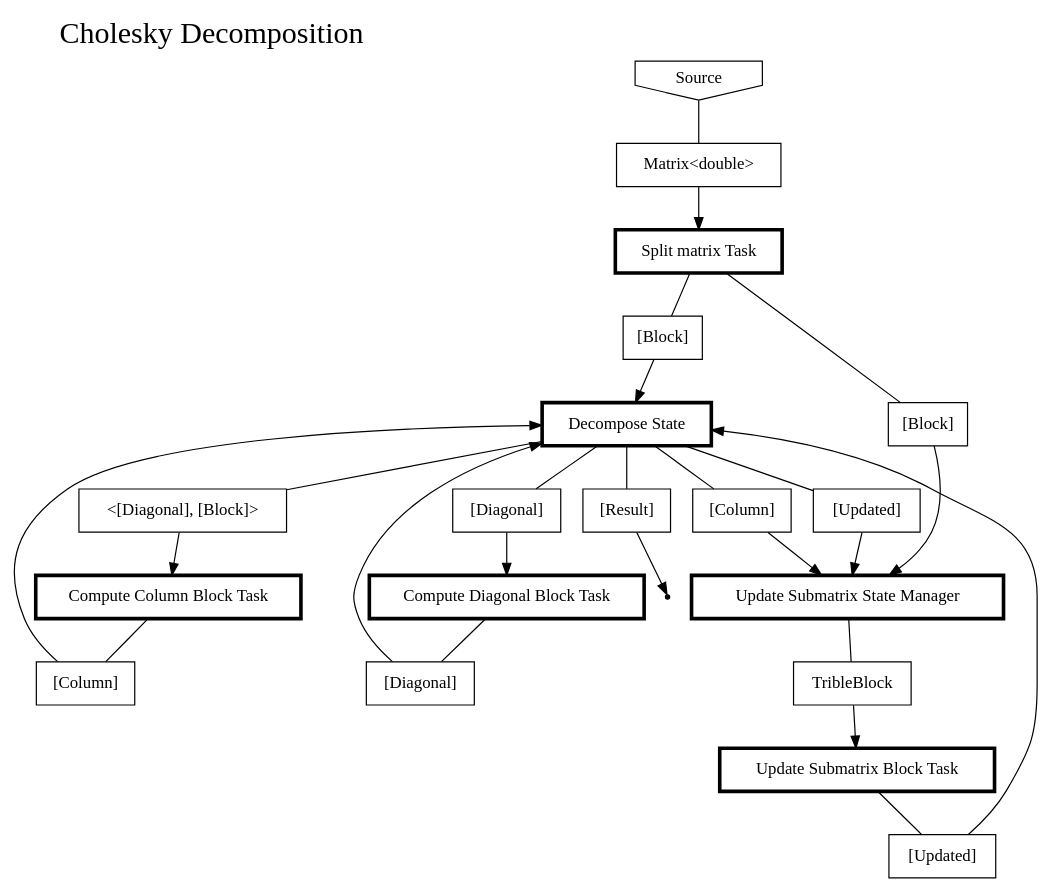
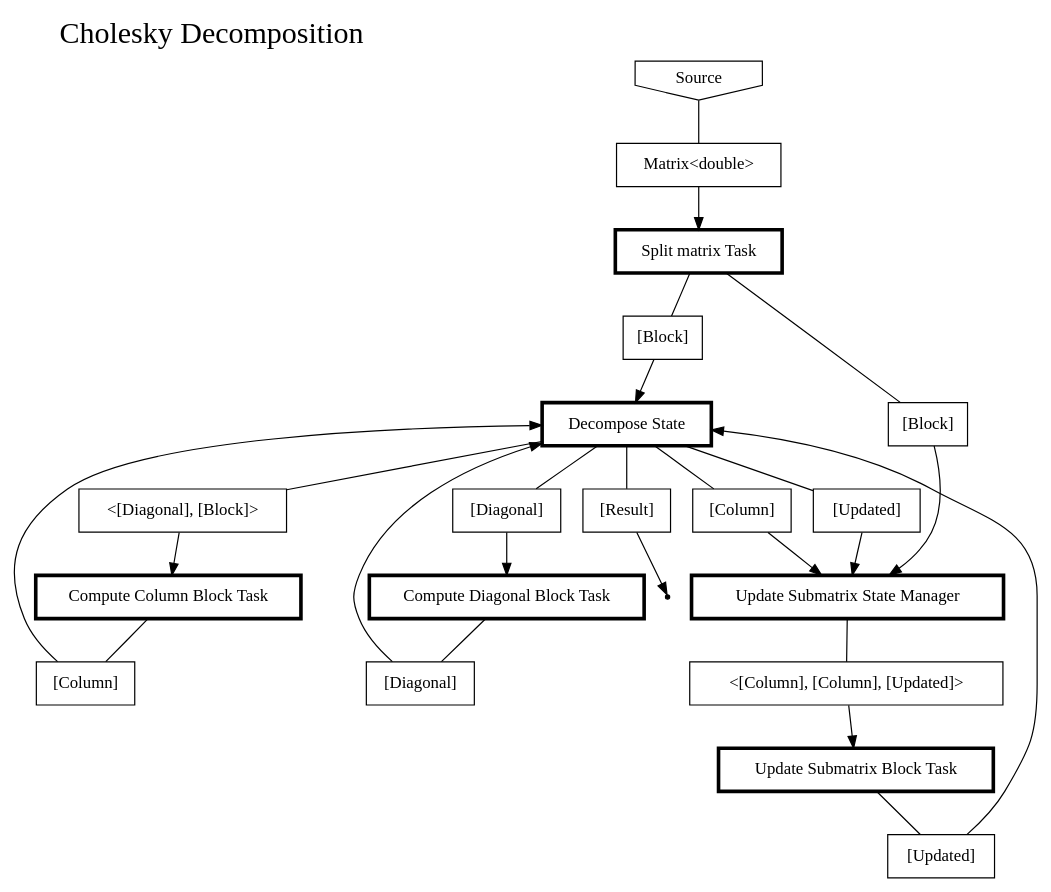
One commit to drfailer/report-internship-zz3 changed the diagram in img/cho-img/decompose_graph.dot. Above: the diagram before and after it, drawn with Graphviz. The commit also changed 20 other files, not shown here.

```diff
--- a/img/cho-img/decompose_graph.dot
+++ b/img/cho-img/decompose_graph.dot
@@ -1,47 +1,47 @@
 digraph x0x559f002b2ad0 {
 label="Cholesky Decomposition"; fontsize=25; penwidth=5; labelloc=top; labeljust=left;
 x0x559f002b2c00 [label="Source", shape=invhouse];
 x0x559f002b2dc0 [label="Sink", shape=point];
 x0x559f002b3050 [label="Split matrix Task",shape=rect, penwidth=3];
 x0x559f002b4ac0 [label="Decompose State",shape=rect, penwidth=3];
 x0x559f002b6e30 [label="Compute Diagonal Block Task",shape=rect, penwidth=3];
 x0x559f002b7bc0 [label="Compute Column Block Task",shape=rect,penwidth=3];
 x0x559f002b8ab0 [label="Update Submatrix Block Task",shape=rect, penwidth=3];
 x0x559f002b9bb0 [label="Update Submatrix State Manager",shape=rect, penwidth=3];
 "edgex0x559f002b2dc0[Result]"[label="[Result]", shape=rect];
 "edgex0x559f002b3050Matrix<double>"[label="Matrix<double>", shape=rect];
 "edgex0x559f002b4ac0[Block]"[label="[Block]", shape=rect];
 "edgex0x559f002b4ac0[Diagonal]"[label="[Diagonal]", shape=rect];
 "edgex0x559f002b4ac0[Column]"[label="[Column]", shape=rect];
 "edgex0x559f002b4ac0[Updated]"[label="[Updated]", shape=rect];
 "edgex0x559f002b6e30[Diagonal]"[label="[Diagonal]", shape=rect];
 "edgex0x559f002b7bc0<[Diagonal], [Block]>"[label="<[Diagonal], [Block]>", shape=rect];
-"edgex0x559f002b8ab0TribleBlock"[label="TribleBlock", shape=rect];
+"edgex0x559f002b8ab0TribleBlock"[label="<[Column], [Column], [Updated]>", shape=rect];
 "edgex0x559f002b9bb0[Block]"[label="[Block]", shape=rect];
 "edgex0x559f002b9bb0[Column]"[label="[Column]", shape=rect];
 "edgex0x559f002b9bb0[Updated]"[label="[Updated]", shape=rect];
 "x0x559f002b4ac0" -> "edgex0x559f002b2dc0[Result]"[penwidth=1, dir=none];
 "edgex0x559f002b2dc0[Result]" -> "x0x559f002b2dc0"[penwidth=1];
 "x0x559f002b2c00" -> "edgex0x559f002b3050Matrix<double>"[penwidth=1, dir=none];
 "edgex0x559f002b3050Matrix<double>" -> "x0x559f002b3050"[penwidth=1];
 "x0x559f002b3050" -> "edgex0x559f002b4ac0[Block]"[penwidth=1, dir=none];
 "edgex0x559f002b4ac0[Block]" -> "x0x559f002b4ac0"[penwidth=1];
 "x0x559f002b6e30" -> "edgex0x559f002b4ac0[Diagonal]"[penwidth=1, dir=none];
 "edgex0x559f002b4ac0[Diagonal]" -> "x0x559f002b4ac0"[penwidth=1];
 "x0x559f002b7bc0" -> "edgex0x559f002b4ac0[Column]"[penwidth=1, dir=none];
 "edgex0x559f002b4ac0[Column]" -> "x0x559f002b4ac0"[penwidth=1];
 "x0x559f002b8ab0" -> "edgex0x559f002b4ac0[Updated]"[penwidth=1, dir=none];
 "edgex0x559f002b4ac0[Updated]" -> "x0x559f002b4ac0"[penwidth=1];
 "x0x559f002b4ac0" -> "edgex0x559f002b6e30[Diagonal]"[penwidth=1, dir=none];
 "edgex0x559f002b6e30[Diagonal]" -> "x0x559f002b6e30"[penwidth=1];
 "x0x559f002b4ac0" -> "edgex0x559f002b7bc0<[Diagonal], [Block]>"[penwidth=1, dir=none];
 "edgex0x559f002b7bc0<[Diagonal], [Block]>" -> "x0x559f002b7bc0"[penwidth=1];
 "x0x559f002b9bb0" -> "edgex0x559f002b8ab0TribleBlock"[penwidth=1, dir=none];
 "edgex0x559f002b8ab0TribleBlock" -> "x0x559f002b8ab0"[penwidth=1];
 "x0x559f002b3050" -> "edgex0x559f002b9bb0[Block]"[penwidth=1, dir=none];
 "edgex0x559f002b9bb0[Block]" -> "x0x559f002b9bb0"[penwidth=1];
 "x0x559f002b4ac0" -> "edgex0x559f002b9bb0[Column]"[penwidth=1, dir=none];
 "edgex0x559f002b9bb0[Column]" -> "x0x559f002b9bb0"[penwidth=1];
 "x0x559f002b4ac0" -> "edgex0x559f002b9bb0[Updated]"[penwidth=1, dir=none];
 "edgex0x559f002b9bb0[Updated]" -> "x0x559f002b9bb0"[penwidth=1];
 }
```
